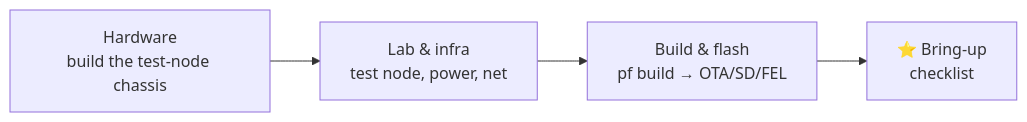
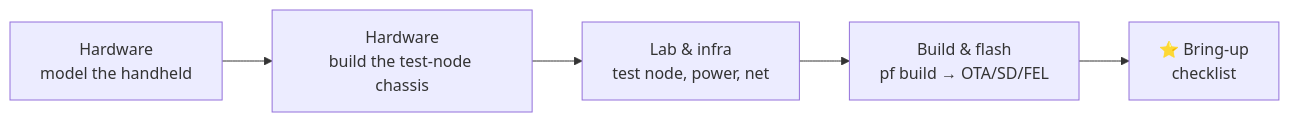
Before and after one commit to pocketforge-os/handbook: the diagram in docs/index.md, drawn with Mermaid. The commit also changed other lines of this file and 9 other files, not shown here.

````diff
--- a/docs/index.md
+++ b/docs/index.md
@@ -35,6 +35,7 @@
 ```mermaid
 flowchart LR
-  HW[Hardware<br/>build the test-node chassis] --> LAB[Lab &amp; infra<br/>test node, power, net]
+  MODEL[Hardware<br/>model the handheld] --> HW[Hardware<br/>build the test-node chassis]
+  HW --> LAB[Lab &amp; infra<br/>test node, power, net]
   LAB --> BF[Build &amp; flash<br/>pf build → OTA/SD/FEL]
   BF --> BU[⭐ Bring-up<br/>checklist]
 ```
````
